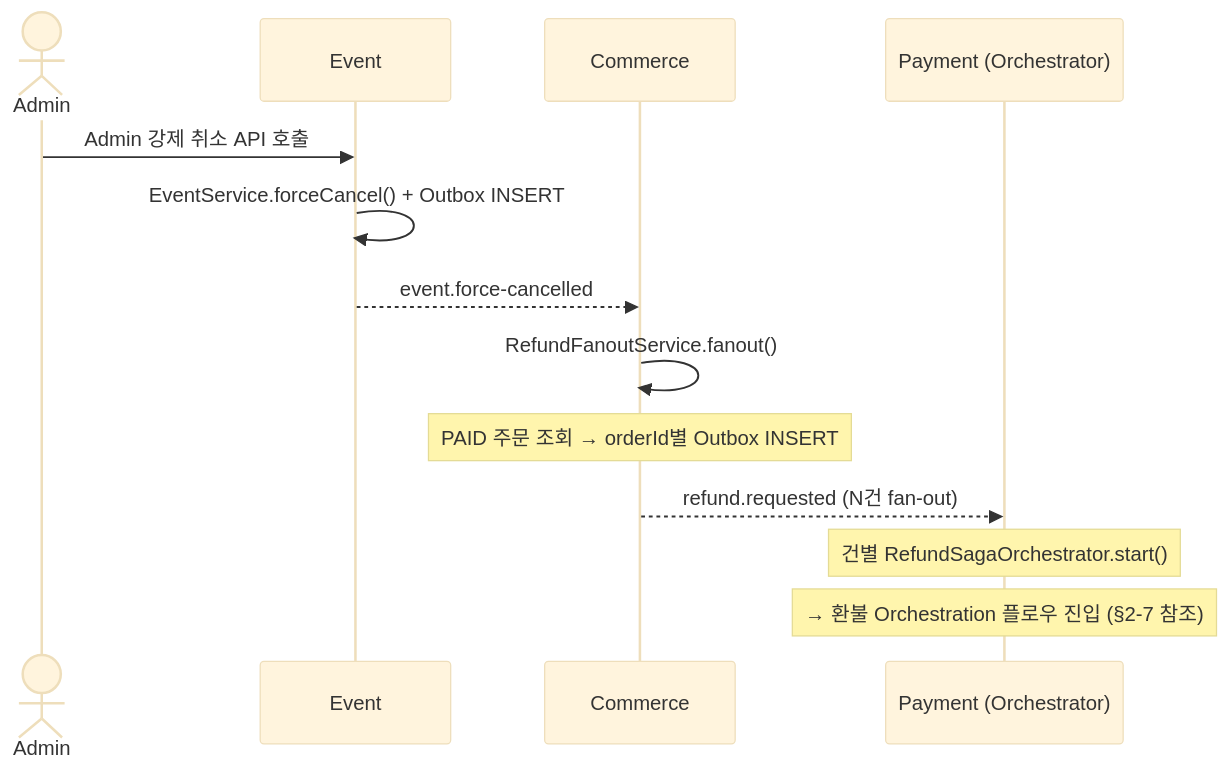
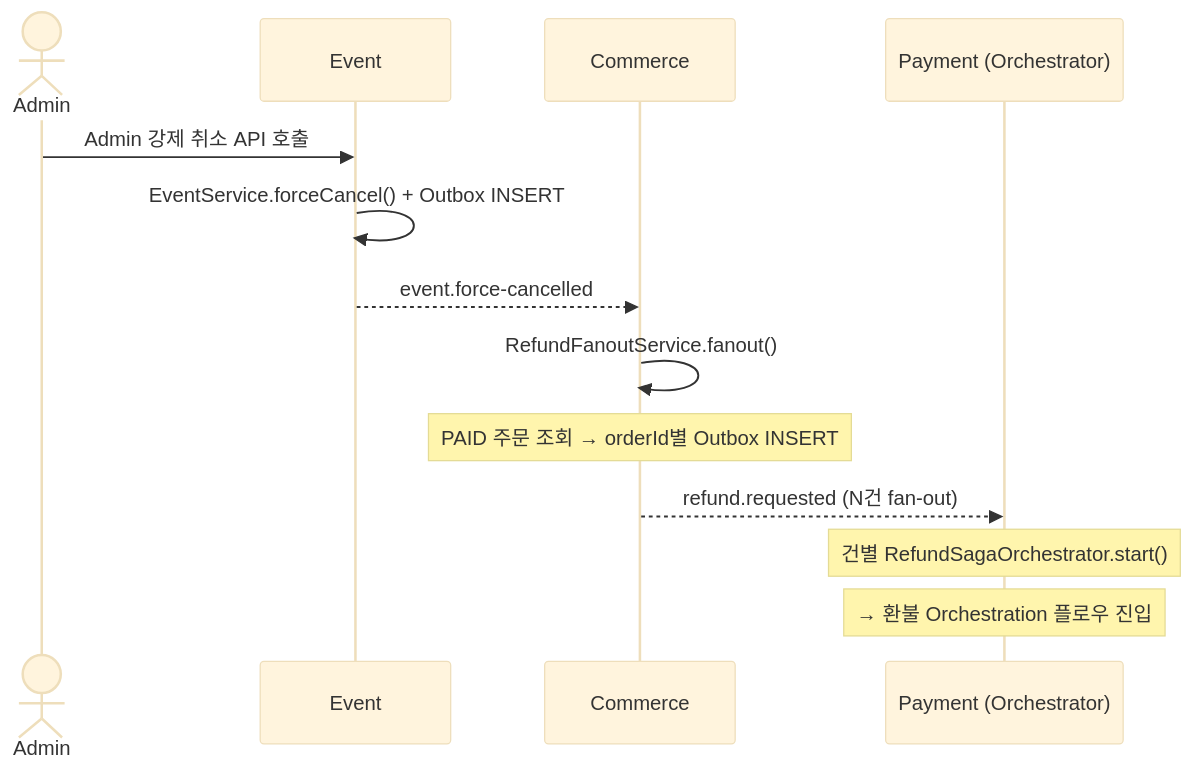
One commit to prgrms-be-adv-devcourse/beadv5_1_HeadbuttingDinosaur_BE changed the fifth of 8 diagrams in docs/kafka/kafka-impl-plan.md. Above: the diagram before and after it, drawn with Mermaid (base theme). The commit also changed other lines of this file and 35 other files, not shown here.

````diff
--- a/docs/kafka/kafka-impl-plan.md
+++ b/docs/kafka/kafka-impl-plan.md
@@ -159,18 +159,18 @@
 ```mermaid
 sequenceDiagram
     actor Admin
     participant Event
     participant Commerce
     participant Orchestrator as Payment (Orchestrator)
 
     Admin->>Event: Admin 강제 취소 API 호출
     Event->>Event: EventService.forceCancel() + Outbox INSERT
     Event-->>Commerce: event.force-cancelled
 
     Commerce->>Commerce: RefundFanoutService.fanout()
     Note over Commerce: PAID 주문 조회 → orderId별 Outbox INSERT
     Commerce-->>Orchestrator: refund.requested (N건 fan-out)
 
     Note over Orchestrator: 건별 RefundSagaOrchestrator.start()
-    Note over Orchestrator: → 환불 Orchestration 플로우 진입 (§2-7 참조)
+    Note over Orchestrator: → 환불 Orchestration 플로우 진입
 ```
````
